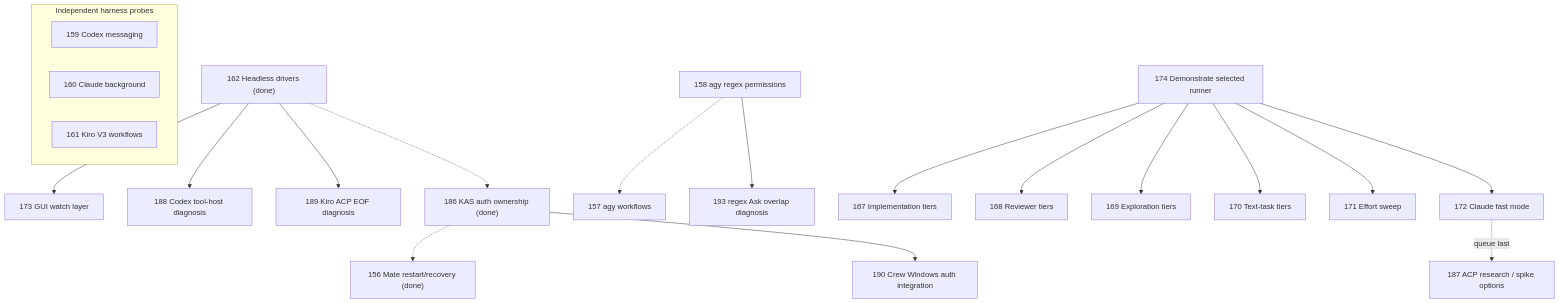
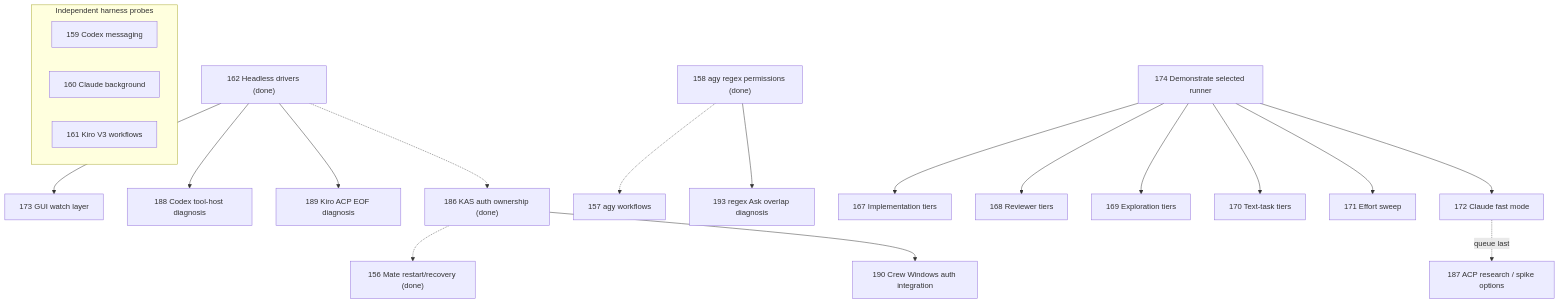
The diagram in docs/plan.md (smileynet/grey-matter), drawn with Mermaid before and after one commit. The commit also changed other lines of this file and 9 other files, not shown here.

````diff
--- a/docs/plan.md
+++ b/docs/plan.md
@@ -221,23 +221,23 @@
 ```mermaid
 flowchart TD
   D162["162 Headless drivers (done)"] --> G173["173 GUI watch layer"]
   D162 --> C188["188 Codex tool-host diagnosis"]
   D162 --> K189["189 Kiro ACP EOF diagnosis"]
   D162 -.-> A186["186 KAS auth ownership (done)"]
   A186 -.-> M156["156 Mate restart/recovery (done)"]
   A186 --> A190["190 Crew Windows auth integration"]
-  P158["158 agy regex permissions"] -.-> W157["157 agy workflows"]
+  P158["158 agy regex permissions (done)"] -.-> W157["157 agy workflows"]
   P158 --> A193["193 regex Ask overlap diagnosis"]
   subgraph Other["Independent harness probes"]
     C159["159 Codex messaging"]
     B160["160 Claude background"]
     K161["161 Kiro V3 workflows"]
   end
   R174["174 Demonstrate selected runner"] --> I167["167 Implementation tiers"]
   R174 --> V168["168 Reviewer tiers"]
   R174 --> E169["169 Exploration tiers"]
   R174 --> T170["170 Text-task tiers"]
   R174 --> F171["171 Effort sweep"]
   R174 --> S172["172 Claude fast mode"]
   S172 -. "queue last" .-> Q187["187 ACP research / spike options"]
 ```
````
